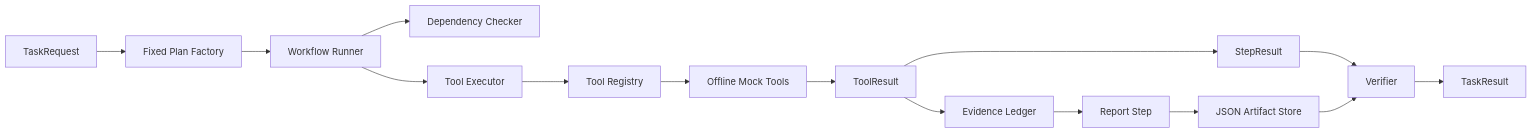
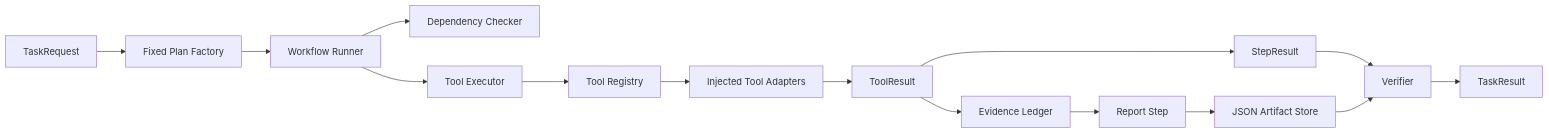
The diagram in docs/deterministic-workflow.md (MaxLee1218/Agentic-Enterprise-Knowledge-Copilot), drawn with Mermaid before and after one commit. The commit also changed other lines of this file and 29 other files, not shown here.

````diff
--- a/docs/deterministic-workflow.md
+++ b/docs/deterministic-workflow.md
@@ -27,17 +29,17 @@
 ```mermaid
 flowchart LR
     A[TaskRequest] --> B[Fixed Plan Factory]
     B --> C[Workflow Runner]
     C --> D[Dependency Checker]
     C --> E[Tool Executor]
     E --> F[Tool Registry]
-    F --> G[Offline Mock Tools]
+    F --> G[Injected Tool Adapters]
     G --> H[ToolResult]
     H --> I[StepResult]
     H --> J[Evidence Ledger]
     J --> K[Report Step]
     K --> L[JSON Artifact Store]
     I --> M[Verifier]
     L --> M
     M --> N[TaskResult]
 ```
````
